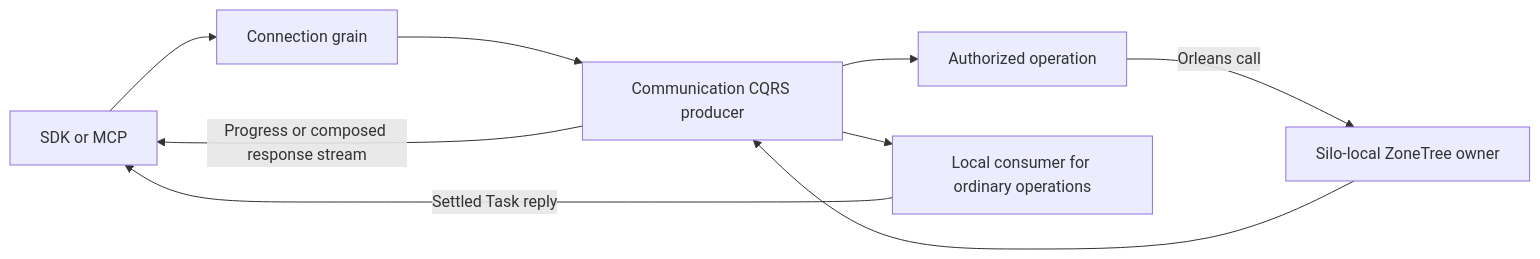
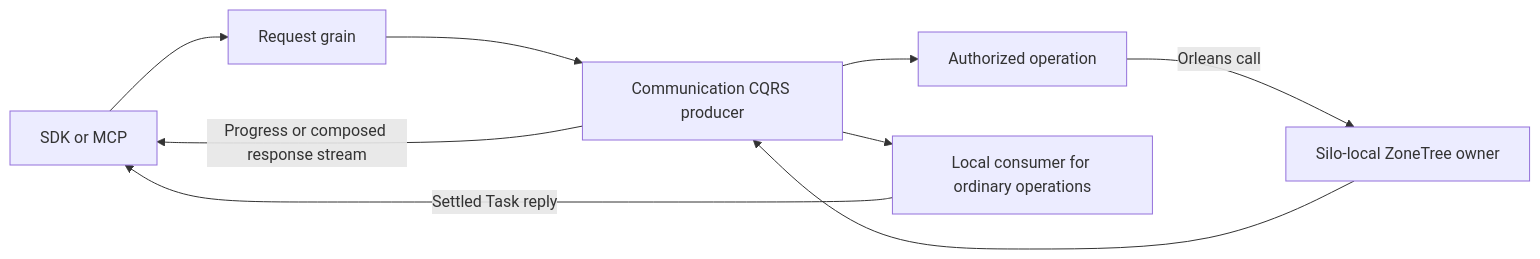
The diagram in docs/Features/OrleansExecution/RuntimeCqrs.md (managedcode/KeyLoad), drawn with Mermaid before and after one commit. The commit also changed other lines of this file and 27 other files, not shown here.

````diff
--- a/docs/Features/OrleansExecution/RuntimeCqrs.md
+++ b/docs/Features/OrleansExecution/RuntimeCqrs.md
@@ -22,11 +22,11 @@
 ```mermaid
 flowchart LR
-    Caller[SDK or MCP] --> Connection[Connection grain]
-    Connection --> Stream[Communication CQRS producer]
+    Caller[SDK or MCP] --> Request[Request grain]
+    Request --> Stream[Communication CQRS producer]
     Stream --> Operation[Authorized operation]
     Operation -->|Orleans call| Owner[Silo-local ZoneTree owner]
     Owner --> Stream
     Stream --> Local[Local consumer for ordinary operations]
     Local -->|Settled Task reply| Caller
     Stream -->|Progress or composed response stream| Caller
 ```
````
